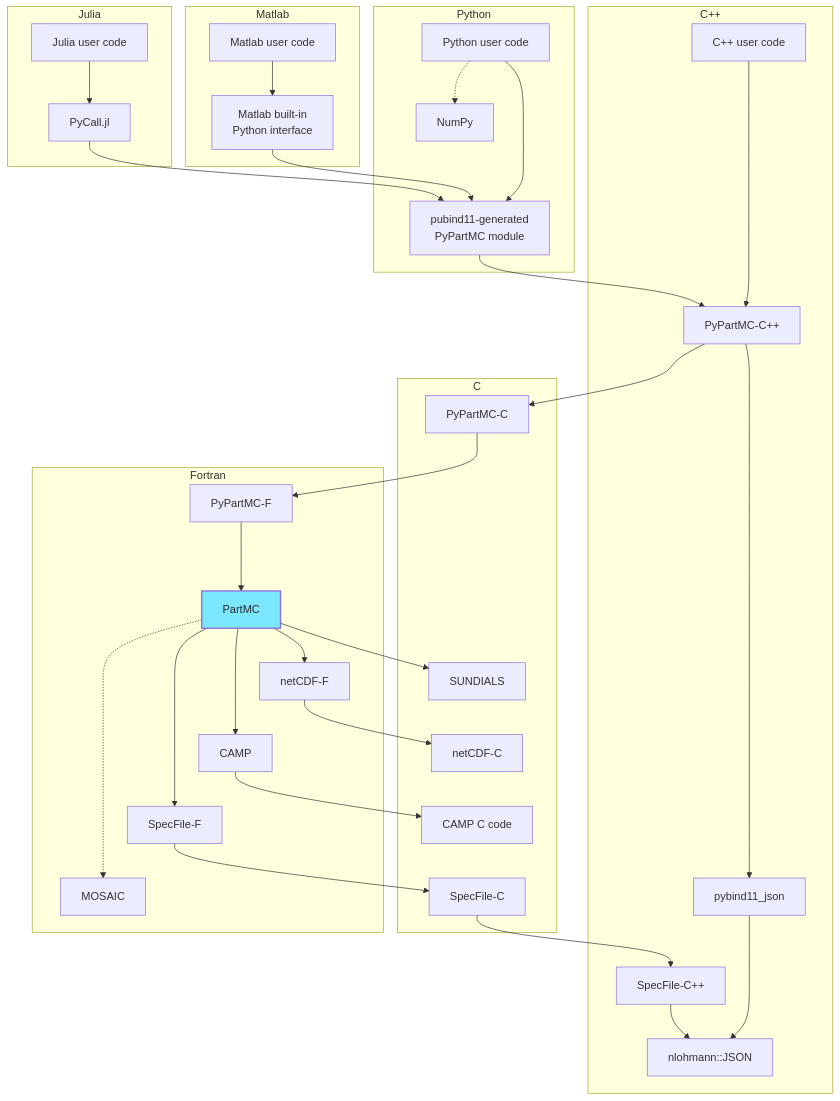
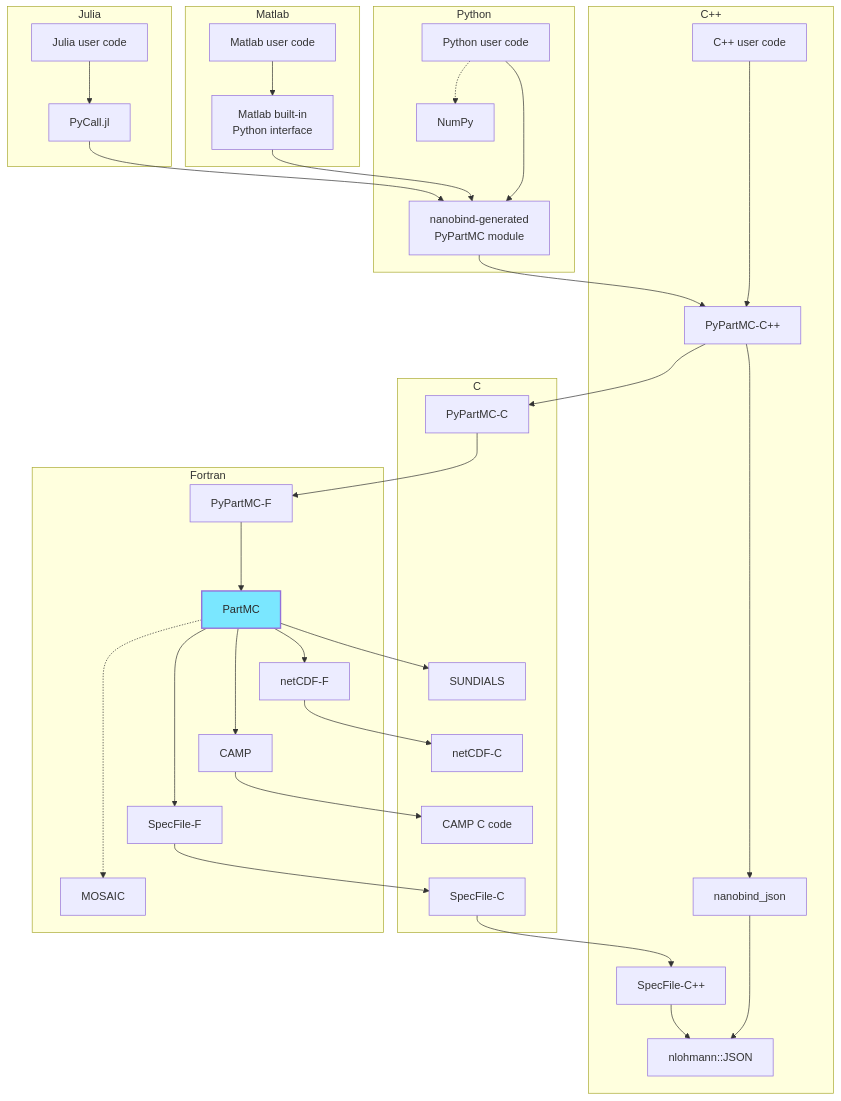
Before and after one commit to open-atmos/PyPartMC: the diagram in CONTRIBUTING.md, drawn with Mermaid. The commit also changed other lines of this file and 29 other files, not shown here.

Commit message:
Switch PyPartMC's binding system from pybind11 to nanobind (#431)

````diff
--- a/CONTRIBUTING.md
+++ b/CONTRIBUTING.md
@@ -16,43 +16,43 @@
 ```mermaid
 flowchart TD
     subgraph J ["Julia"]
         julia_user_code["Julia user code"] --> PyCall.jl
     end
     subgraph M ["Matlab"]
         matlab_user_code["Matlab user code"] --> matlab_python["Matlab built-in\nPython interface"]
     end
     subgraph P ["Python"]
         python_user_code -.-> NumPy
-        python_user_code["Python user code"] ---> PyPartMC["pubind11-generated\nPyPartMC module"]
+        python_user_code["Python user code"] ---> PyPartMC["nanobind-generated\nPyPartMC module"]
         matlab_python --> PyPartMC
         PyCall.jl --> PyPartMC
     end
     subgraph Cpp ["C++"]
         cpp_user_code["C++ user code"] ----> ppmc_cpp
         PyPartMC --> ppmc_cpp["PyPartMC-C++"]
-        ppmc_cpp --> pybind11_json
-        pybind11_json ---> nlohmann::JSON
+        ppmc_cpp --> nanobind_json
+        nanobind_json ---> nlohmann::JSON
         spec_file_pypartmc_cpp --> nlohmann::JSON
     end
     subgraph C ["C"]
         spec_file_pypartmc_c --> spec_file_pypartmc_cpp["SpecFile-C++"]
         ppmc_cpp --> ppmc_c["PyPartMC-C"]
         netCDF-C
         SUNDIALS
         camp_c["CAMP C code"]
     end
     subgraph Fortran ["Fortran"]
         PartMC -....-> MOSAIC
         ppmc_c --> ppmc_f["PyPartMC-F"]
         ppmc_f ---> PartMC
         PartMC --> netCDF-F
         netCDF-F --> netCDF-C
         PartMC --> SUNDIALS
         PartMC ---> camp_f
         camp_f["CAMP"] --> camp_c
         PartMC ----> spec_file_pypartmc_f[SpecFile-F]
         spec_file_pypartmc_f --> spec_file_pypartmc_c["SpecFile-C"]
     end
 
     style PartMC fill:#7ae7ff,stroke-width:2px,color:#2B2B2B
 ```
````
